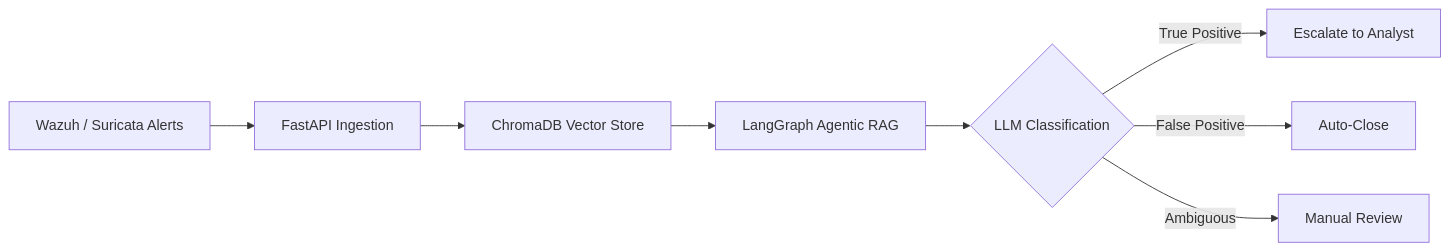
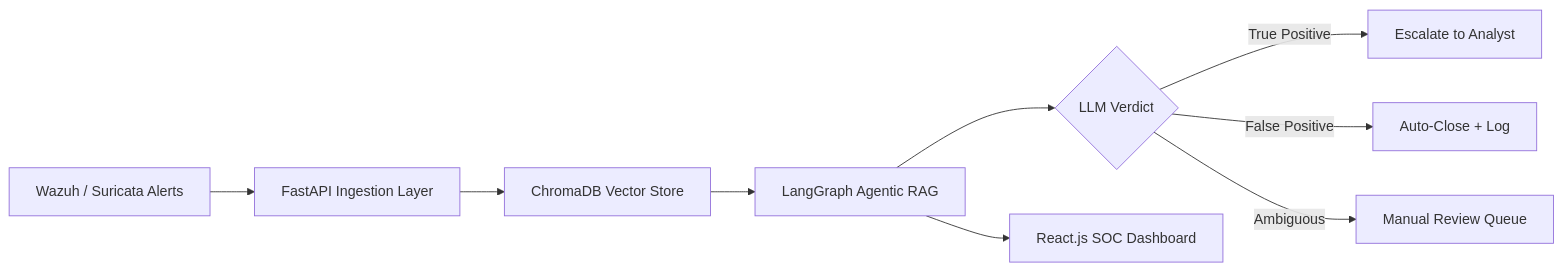
The diagram in README.md (MehrabShaheen/MehrabShaheen), drawn with Mermaid before and after one commit. The commit also changed other lines of this file, not shown here.

````diff
--- a/README.md
+++ b/README.md
@@ -91,10 +125,11 @@
 ```mermaid
 flowchart LR
-    A[Wazuh / Suricata Alerts] --> B[FastAPI Ingestion]
+    A[Wazuh / Suricata Alerts] --> B[FastAPI Ingestion Layer]
     B --> C[ChromaDB Vector Store]
     C --> D[LangGraph Agentic RAG]
-    D --> E{LLM Classification}
+    D --> E{LLM Verdict}
     E -->|True Positive| F[Escalate to Analyst]
-    E -->|False Positive| G[Auto-Close]
-    E -->|Ambiguous| H[Manual Review]
+    E -->|False Positive| G[Auto-Close + Log]
+    E -->|Ambiguous| H[Manual Review Queue]
+    D --> I[React.js SOC Dashboard]
 ```
````
